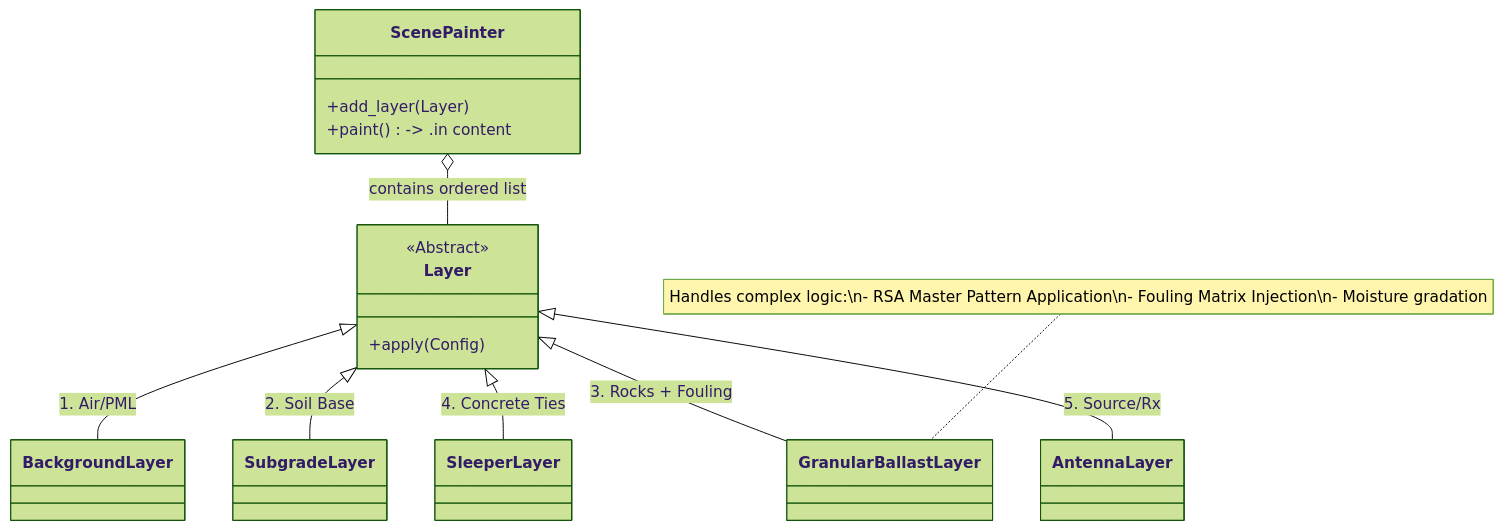
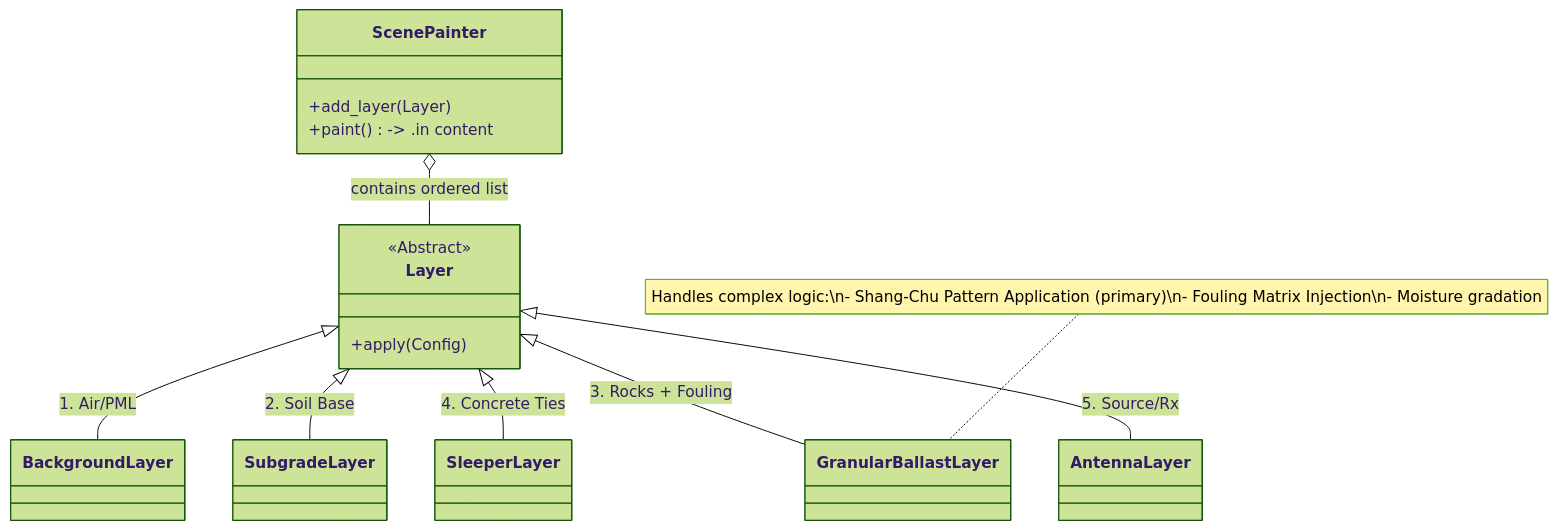
The second of 3 diagrams in docs/GENERATION_FLOW.md (alvaroj-uv/Synth-GPR), drawn with Mermaid (forest theme) before and after one commit. The commit also changed other lines of this file and 16 other files, not shown here.

````diff
--- a/docs/GENERATION_FLOW.md
+++ b/docs/GENERATION_FLOW.md
@@ -47,27 +47,27 @@
 ```mermaid
 classDiagram
     class ScenePainter {
         +add_layer(Layer)
         +paint() -> .in content
     }
     
     class Layer {
         <<Abstract>>
         +apply(Config)
     }
     
     class BackgroundLayer
     class SubgradeLayer
     class GranularBallastLayer
     class SleeperLayer
     class AntennaLayer
     
     ScenePainter o-- Layer : contains ordered list
     Layer <|-- BackgroundLayer : 1. Air/PML
     Layer <|-- SubgradeLayer : 2. Soil Base
     Layer <|-- GranularBallastLayer : 3. Rocks + Fouling
     Layer <|-- SleeperLayer : 4. Concrete Ties
     Layer <|-- AntennaLayer : 5. Source/Rx
     
-    note for GranularBallastLayer "Handles complex logic:\n- RSA Master Pattern Application\n- Fouling Matrix Injection\n- Moisture gradation"
+    note for GranularBallastLayer "Handles complex logic:\n- Shang-Chu Pattern Application (primary)\n- Fouling Matrix Injection\n- Moisture gradation"
 ```
````
